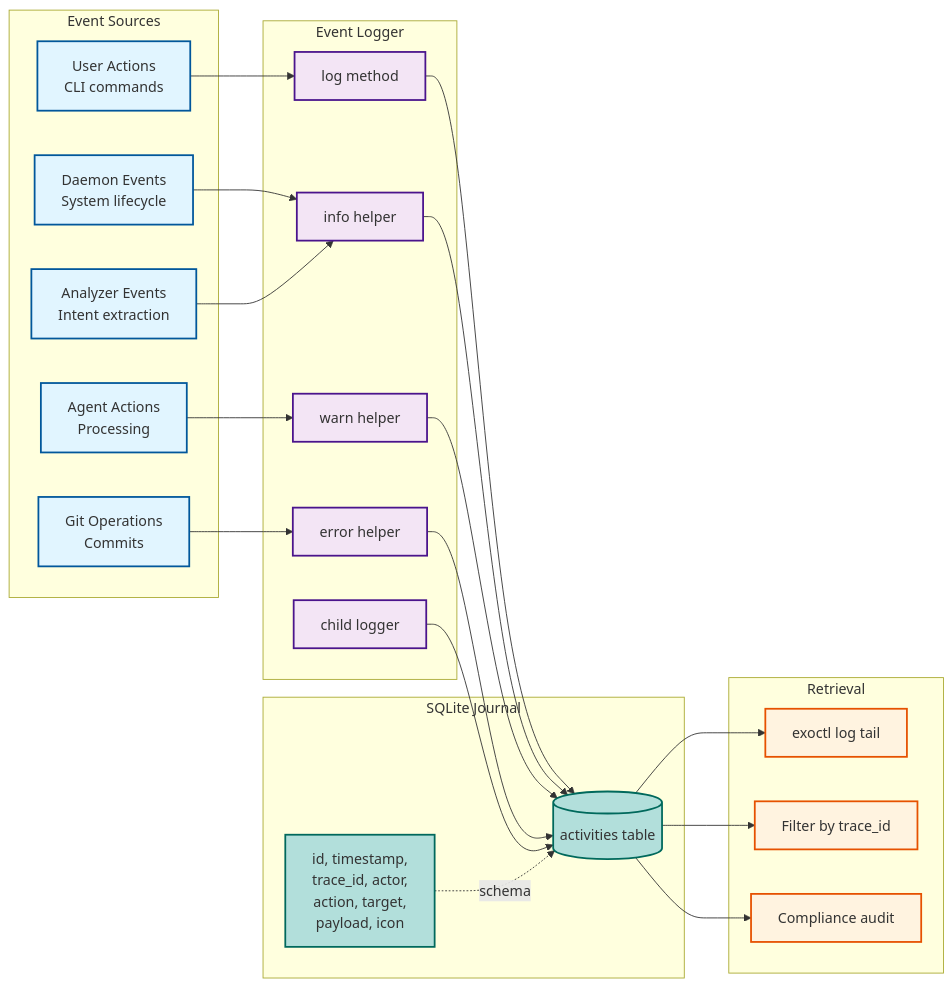
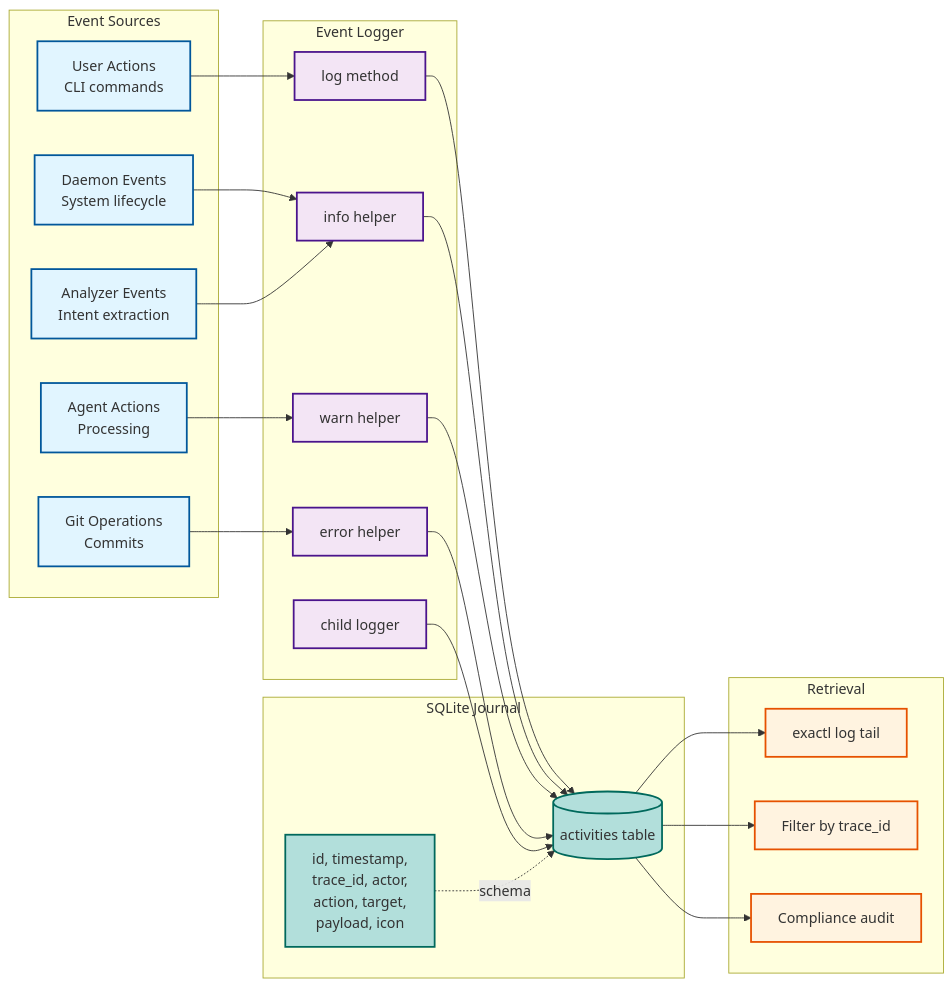
One commit to dostark/exaix-public changed diagram 15 of 17 in ARCHITECTURE.md. Above: the diagram before and after it, drawn with Mermaid. The commit also changed other lines of this file and 664 other files, not shown here.

````diff
--- a/ARCHITECTURE.md
+++ b/ARCHITECTURE.md
@@ -1711,57 +1711,57 @@
 ```mermaid
 graph LR
     subgraph Actors["Event Sources"]
         User[User Actions<br/>CLI commands]
         Daemon[Daemon Events<br/>System lifecycle]
         Agent[Agent Actions<br/>Processing]
         Analyzer[Analyzer Events<br/>Intent extraction]
         Git[Git Operations<br/>Commits]
     end
 
     subgraph Logger["Event Logger"]
         Log[log method]
         Info[info helper]
         Warn[warn helper]
         Error[error helper]
         Child[child logger]
     end
 
     subgraph Database["SQLite Journal"]
         Table[(activities table)]
         Cols[id, timestamp,<br/>trace_id, actor,<br/>action, target,<br/>payload, icon]
     end
 
     subgraph Query["Retrieval"]
-        CLI[exoctl log tail]
+        CLI[exactl log tail]
         Trace[Filter by trace_id]
         Audit[Compliance audit]
     end
 
     User --> Log
     Daemon --> Info
     Agent --> Warn
     Analyzer --> Info
     Git --> Error
 
     Log --> Table
     Info --> Table
     Warn --> Table
     Error --> Table
     Child --> Table
 
     Table --> CLI
     Table --> Trace
     Table --> Audit
 
     Cols -.schema.-> Table
 
     classDef source fill:#e1f5ff,stroke:#01579b,stroke-width:2px
     classDef logger fill:#f3e5f5,stroke:#4a148c,stroke-width:2px
     classDef db fill:#b2dfdb,stroke:#00695c,stroke-width:2px
     classDef query fill:#fff3e0,stroke:#e65100,stroke-width:2px
 
     class User,Daemon,Agent,Analyzer,Git source
     class Log,Info,Warn,Error,Child logger
     class Table,Cols db
     class CLI,Trace,Audit query
 ```
````
